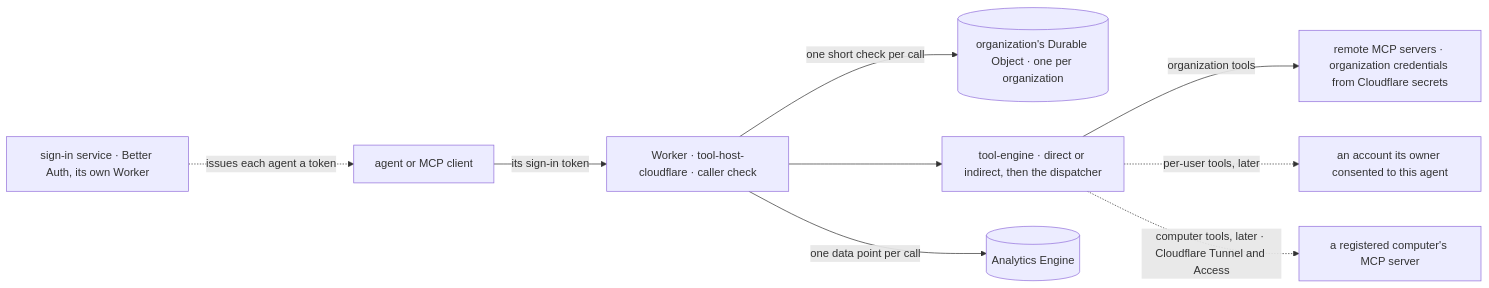
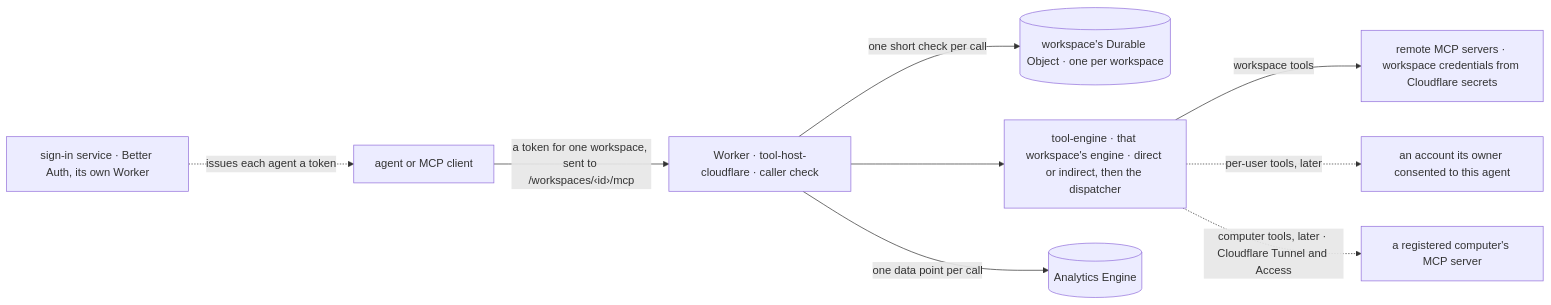
The fourth of 4 diagrams in docs/specs/2026-10-14-portable-tool-portal-hosts/program-design.md (ShravanSunder/agent-vm), drawn with Mermaid before and after one commit. The commit also changed other lines of this file and 2 other files, not shown here.

First line of the commit message:
Tool Portal Program Design and Verification Design: the workspace is the unit

````diff
--- a/docs/specs/2026-10-14-portable-tool-portal-hosts/program-design.md
+++ b/docs/specs/2026-10-14-portable-tool-portal-hosts/program-design.md
@@ -271,11 +271,11 @@
 ```mermaid
 flowchart LR
   S[sign-in service · Better Auth, its own Worker] -.->|issues each agent a token| A[agent or MCP client]
-  A -->|its sign-in token| W[Worker · tool-host-cloudflare · caller check]
-  W -->|one short check per call| O[(organization's Durable Object · one per organization)]
-  W --> E[tool-engine · direct or indirect, then the dispatcher]
-  E -->|organization tools| R[remote MCP servers · organization credentials from Cloudflare secrets]
+  A -->|"a token for one workspace, sent to /workspaces/‹id›/mcp"| W[Worker · tool-host-cloudflare · caller check]
+  W -->|one short check per call| O[(workspace's Durable Object · one per workspace)]
+  W --> E[tool-engine · that workspace's engine · direct or indirect, then the dispatcher]
+  E -->|workspace tools| R[remote MCP servers · workspace credentials from Cloudflare secrets]
   E -.->|per-user tools, later| P[an account its owner consented to this agent]
   E -.->|computer tools, later · Cloudflare Tunnel and Access| C[a registered computer's MCP server]
   W -->|one data point per call| AE[(Analytics Engine)]
 ```
````
